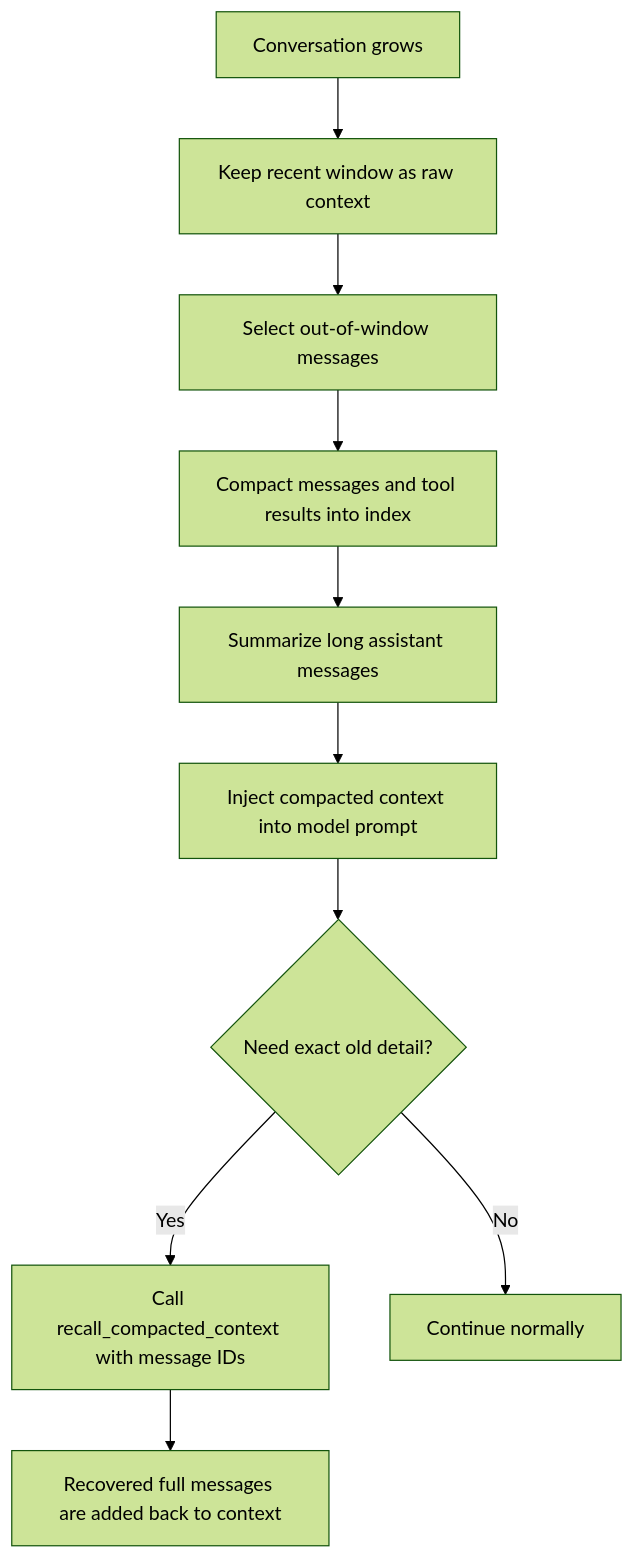
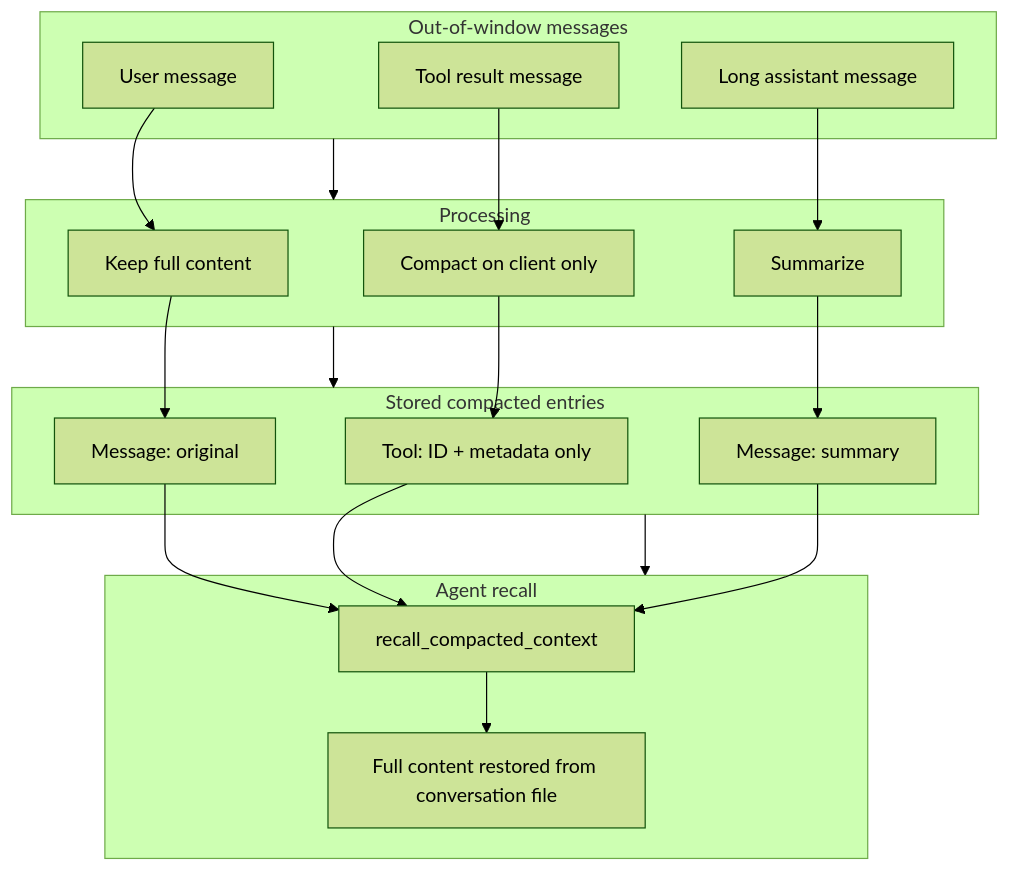
The first of 2 diagrams in docs/technicals/Conversation compaction.md (googlicius/obsidian-steward), drawn with Mermaid (forest theme) before and after one commit. The commit also changed other lines of this file, not shown here.

````diff
--- a/docs/technicals/Conversation compaction.md
+++ b/docs/technicals/Conversation compaction.md
@@ -20,12 +21,31 @@
 ```mermaid
 flowchart TD
-    A[Conversation grows] --> B[Keep recent window as raw context]
-    B --> C[Select out-of-window messages]
-    C --> D[Compact messages and tool results into index]
-    D --> E[Summarize long assistant messages]
-    E --> F[Inject compacted context into model prompt]
-    F --> G{Need exact old detail?}
-    G -->|Yes| H[Call recall_compacted_context with message IDs]
-    G -->|No| I[Continue normally]
-    H --> J[Recovered full messages are added back to context]
+    subgraph Input["Out-of-window messages"]
+        M1[User message]
+        M2[Tool result message]
+        M3[Long assistant message]
+    end
+
+    subgraph Processing["Processing"]
+        M1 --> K1[Keep full content]
+        M2 --> C1[Compact on client only]
+        M3 --> S1[Summarize]
+    end
+
+    subgraph Storage["Stored compacted entries"]
+        C1 --> T[Tool: ID + metadata only]
+        S1 --> MS[Message: summary]
+        K1 --> MO[Message: original]
+    end
+
+    subgraph Recall["Agent recall"]
+        T --> R[recall_compacted_context]
+        MS --> R
+        MO --> R
+        R --> F[Full content restored from conversation file]
+    end
+
+    Input --> Processing
+    Processing --> Storage
+    Storage --> Recall
 ```
````
